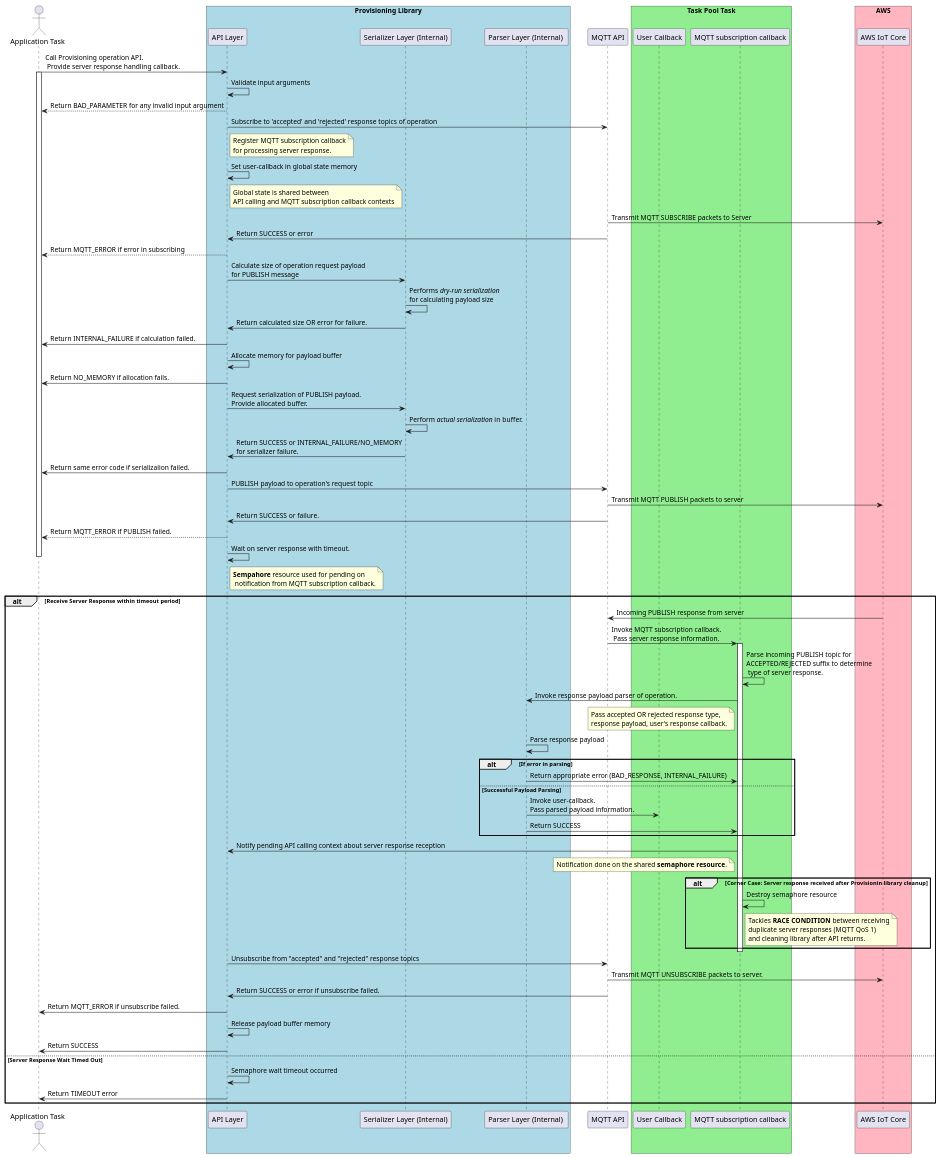
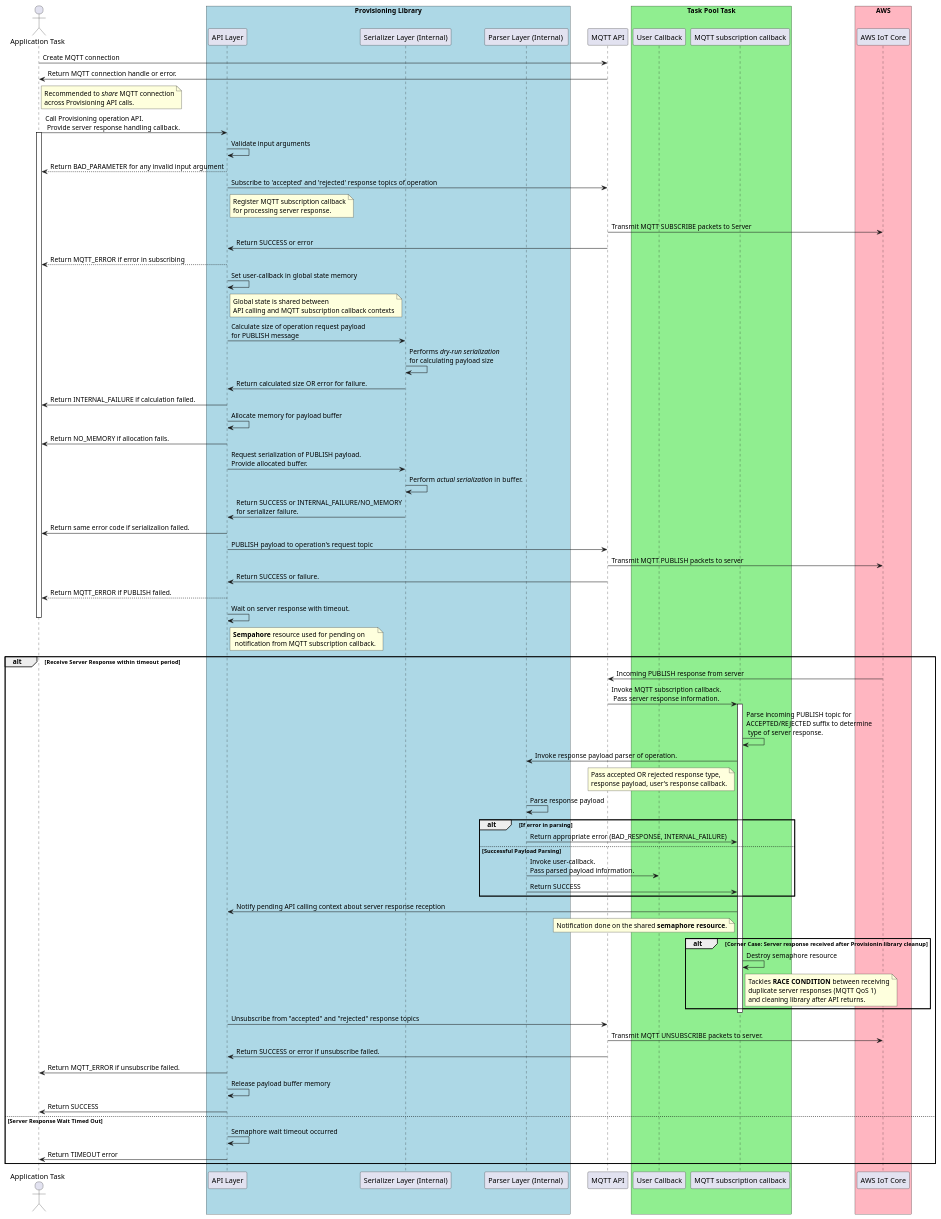
Before and after one commit to aws/aws-iot-device-sdk-embedded-C: the diagram in doc/plantuml/provisioning_sync_operation_design.pu, drawn with PlantUML. The commit also changed 1 other file, not shown here.

Commit message:
Minor correction in design diagram

```diff
--- a/doc/plantuml/provisioning_sync_operation_design.pu
+++ b/doc/plantuml/provisioning_sync_operation_design.pu
@@ -1,98 +1,102 @@
 @startuml
 skinparam classFontSize 8
 skinparam classFontName Helvetica
 
 actor "Application Task" as app
 
 box "Provisioning Library" #LightBlue
 participant "API Layer" as provisioning
 participant "Serializer Layer (Internal)" as serializer
 participant "Parser Layer (Internal) " as parser
 end box
 
 participant "MQTT API" as mqtt
 
 box "Task Pool Task" #LightGreen
 participant "User Callback" as userCallback
 participant "MQTT subscription callback" as callback
 end box
 
 box "AWS" #LightPink
 participant "AWS IoT Core" as aws
 end box
 
+app -> mqtt: Create MQTT connection
+mqtt -> app: Return MQTT connection handle or error.
+note right of app: Recommended to <i>share</i> MQTT connection\nacross Provisioning API calls.
+
 app -> provisioning: Call Provisioning operation API.\n Provide server response handling callback.
 activate app
 
 provisioning -> provisioning: Validate input arguments
 provisioning --> app: Return BAD_PARAMETER for any invalid input argument
 
 provisioning -> mqtt: Subscribe to 'accepted' and 'rejected' response topics of operation
 note right of provisioning: Register MQTT subscription callback\nfor processing server response.
 
-provisioning -> provisioning: Set user-callback in global state memory
-note right of provisioning: Global state is shared between\nAPI calling and MQTT subscription callback contexts
-
 mqtt -> aws: Transmit MQTT SUBSCRIBE packets to Server
 mqtt -> provisioning: Return SUCCESS or error
 provisioning --> app: Return MQTT_ERROR if error in subscribing
+
+provisioning -> provisioning: Set user-callback in global state memory
+note right of provisioning: Global state is shared between\nAPI calling and MQTT subscription callback contexts
 
 provisioning -> serializer: Calculate size of operation request payload\nfor PUBLISH message
 serializer -> serializer: Performs <i>dry-run serialization</i>\nfor calculating payload size
 serializer -> provisioning: Return calculated size OR error for failure.
 provisioning -> app: Return INTERNAL_FAILURE if calculation failed.
 
 provisioning -> provisioning: Allocate memory for payload buffer
 provisioning -> app: Return NO_MEMORY if allocation fails.
 
 provisioning -> serializer: Request serialization of PUBLISH payload. \nProvide allocated buffer.  
 serializer -> serializer: Perform <i>actual serialization</i> in buffer.
 serializer -> provisioning: Return SUCCESS or INTERNAL_FAILURE/NO_MEMORY\nfor serializer failure.
 provisioning -> app: Return same error code if serializalion failed.
 
 provisioning -> mqtt: PUBLISH payload to operation's request topic
 mqtt -> aws: Transmit MQTT PUBLISH packets to server
 mqtt -> provisioning: Return SUCCESS or failure.
 provisioning --> app: Return MQTT_ERROR if PUBLISH failed.
 
 provisioning -> provisioning: Wait on server response with timeout.
 note right of provisioning: <b>Sempahore</b> resource used for pending on\n notification from MQTT subscription callback.
 alt Receive Server Response within timeout period
 deactivate app
 aws -> mqtt : Incoming PUBLISH response from server
 mqtt -> callback: Invoke MQTT subscription callback.\n Pass server response information.
 activate callback
 callback -> callback: Parse incoming PUBLISH topic for\nACCEPTED/REJECTED suffix to determine\n type of server response.
 callback -> parser: Invoke response payload parser of operation.
 note left of callback: Pass accepted OR rejected response type,\nresponse payload, user's response callback.
 parser -> parser: Parse response payload
 alt If error in parsing
 parser -> callback: Return appropriate error (BAD_RESPONSE, INTERNAL_FAILURE)
 else Successful Payload Parsing
 parser -> userCallback: Invoke user-callback.\nPass parsed payload information.
 parser -> callback: Return SUCCESS
 end alt
 callback -> provisioning: Notify pending API calling context about server response reception
 note left of callback: Notification done on the shared <b>semaphore resource</b>.
 alt Corner Case: Server response received after Provisionin library cleanup
 callback -> callback: Destroy semaphore resource
 note right of callback: Tackles <b>RACE CONDITION</b> between receiving\nduplicate server responses (MQTT QoS 1)\nand cleaning library after API returns.
 end alt
 deactivate callback
 activate app
 
 provisioning -> mqtt: Unsubscribe from "accepted" and "rejected" response topics
 mqtt -> aws: Transmit MQTT UNSUBSCRIBE packets to server.
 mqtt -> provisioning: Return SUCCESS or error if unsubscribe failed.
 provisioning -> app: Return MQTT_ERROR if unsubscribe failed.
 
 provisioning -> provisioning: Release payload buffer memory
 provisioning -> app: Return SUCCESS
 
 else Server Response Wait Timed Out
 provisioning -> provisioning: Semaphore wait timeout occurred
 provisioning -> app: Return TIMEOUT error
 end alt
 deactivate app
 
 @enduml
```
